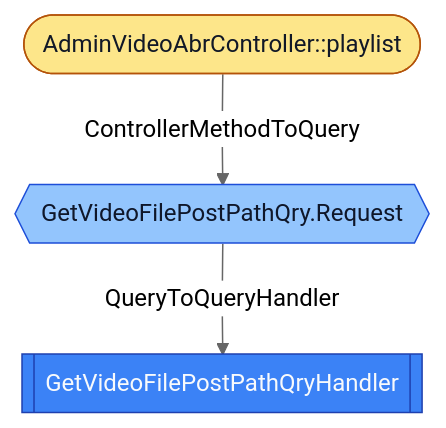
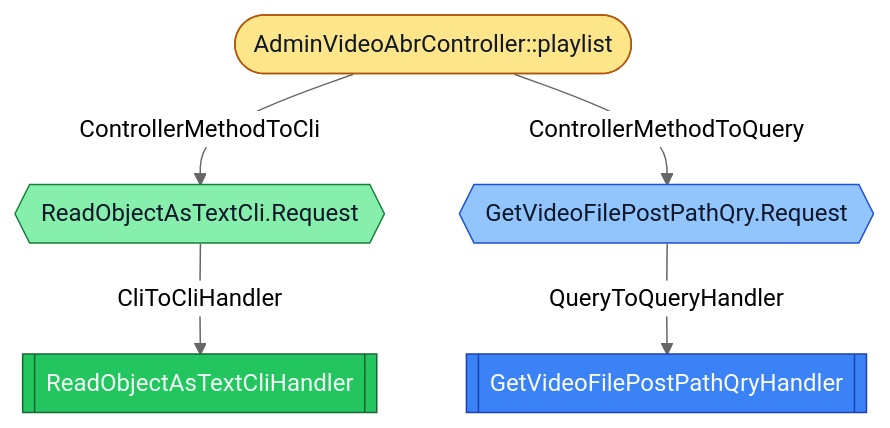
One commit to LDmoxeii/only-danmuku changed the diagram in flows/edu_only4_danmuku_adapter_portal_api_admin_AdminVideoAbrController_playlist.mmd. Above: the diagram before and after it, drawn with Mermaid (neutral theme). The commit also changed 113 other files, not shown here.

```diff
--- a/flows/edu_only4_danmuku_adapter_portal_api_admin_AdminVideoAbrController_playlist.mmd
+++ b/flows/edu_only4_danmuku_adapter_portal_api_admin_AdminVideoAbrController_playlist.mmd
@@ -1,12 +1,20 @@
 flowchart TD
-  N1[[GetVideoFilePostPathQryHandler]]
-  class N1 queryhandler
-  N2([AdminVideoAbrController::playlist])
-  class N2 controllermethod
-  N3{{GetVideoFilePostPathQry.Request}}
-  class N3 query
-  N2 -->|ControllerMethodToQuery| N3
-  N3 -->|QueryToQueryHandler| N1
+  N1[[ReadObjectAsTextCliHandler]]
+  class N1 clihandler
+  N2[[GetVideoFilePostPathQryHandler]]
+  class N2 queryhandler
+  N3([AdminVideoAbrController::playlist])
+  class N3 controllermethod
+  N4{{ReadObjectAsTextCli.Request}}
+  class N4 cli
+  N5{{GetVideoFilePostPathQry.Request}}
+  class N5 query
+  N3 -->|ControllerMethodToCli| N4
+  N3 -->|ControllerMethodToQuery| N5
+  N4 -->|CliToCliHandler| N1
+  N5 -->|QueryToQueryHandler| N2
+  classDef cli fill:#86EFAC,stroke:#15803D,color:#0F172A
+  classDef clihandler fill:#22C55E,stroke:#166534,color:#F0FDF4
   classDef controllermethod fill:#FDE68A,stroke:#B45309,color:#111827
   classDef query fill:#93C5FD,stroke:#1D4ED8,color:#0F172A
   classDef queryhandler fill:#3B82F6,stroke:#1E40AF,color:#F8FAFC
```
